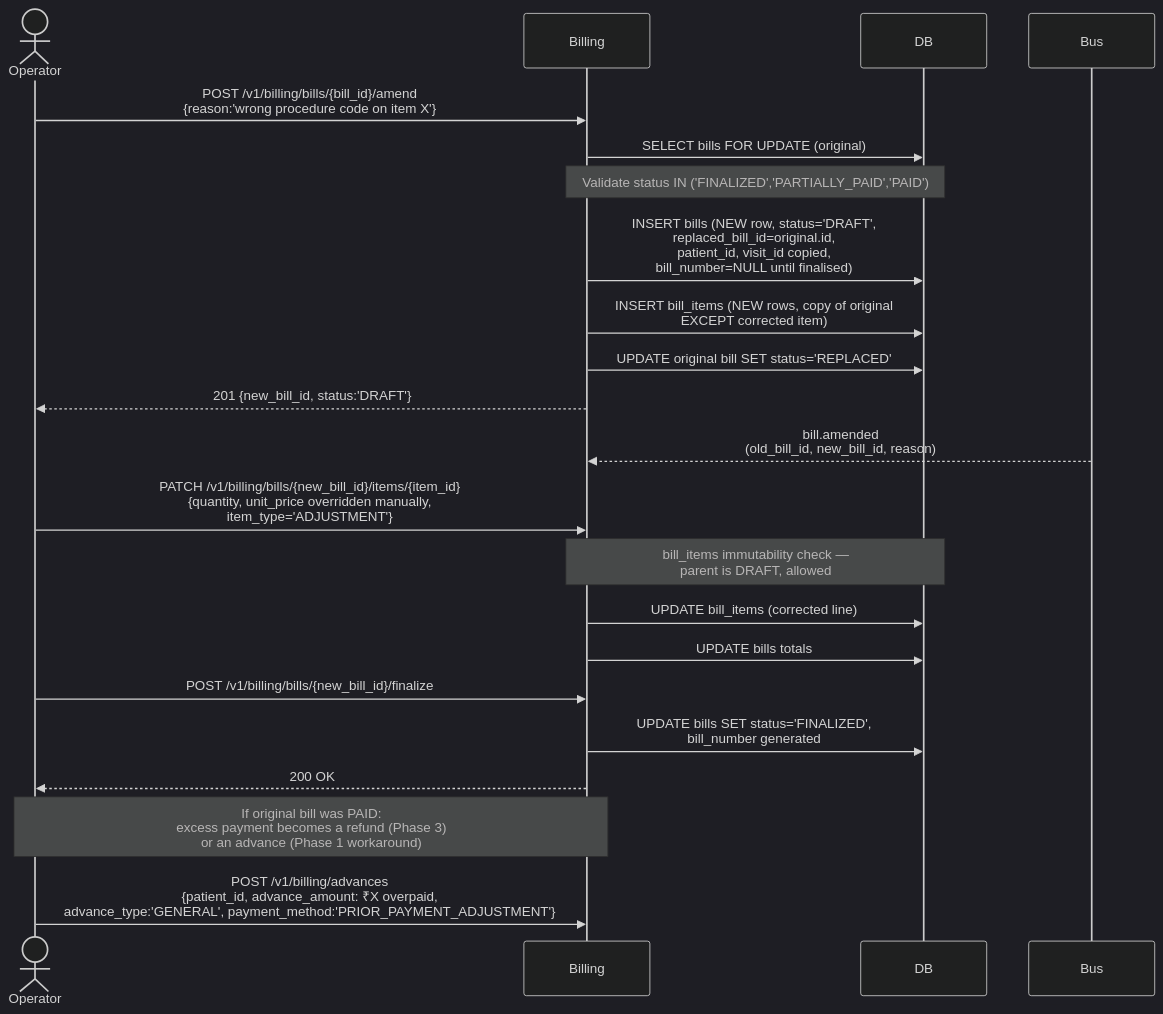
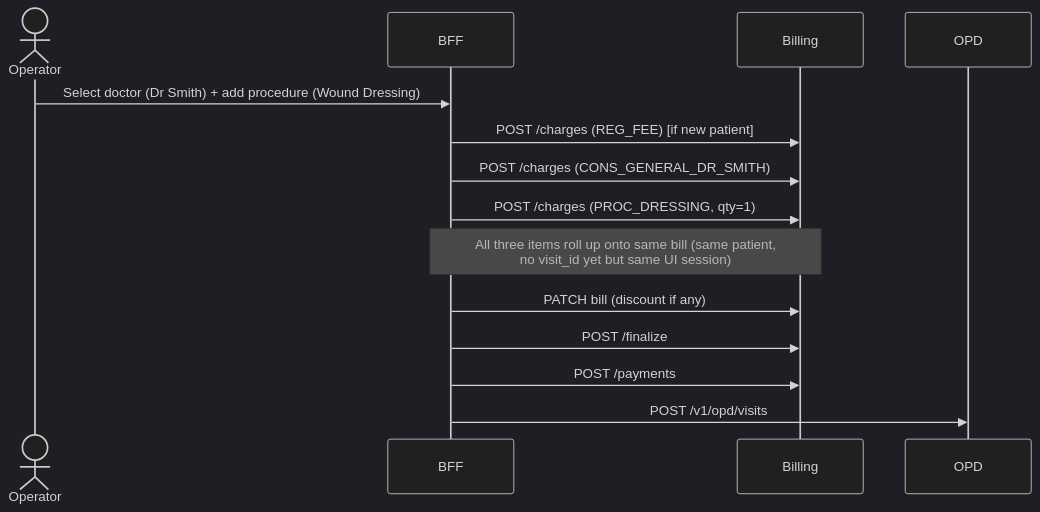
The fourth of 7 diagrams in docs/architecture/lld/billing/02-scenarios.md (IQ-Line/HospitalSaarthi), drawn with Mermaid (dark theme) before and after one commit. The commit also changed other lines of this file and 11 other files, not shown here.

````diff
--- a/docs/architecture/lld/billing/02-scenarios.md
+++ b/docs/architecture/lld/billing/02-scenarios.md
@@ -202,27 +173,16 @@
 ```mermaid
 sequenceDiagram
     actor Operator
+    participant BFF
     participant Billing
-    participant DB
-    participant Bus
 
-    Operator->>Billing: POST /v1/billing/bills/{bill_id}/amend<br/>{reason:'wrong procedure code on item X'}
-    Billing->>DB: SELECT bills FOR UPDATE (original)
-    Note over Billing,DB: Validate status IN ('FINALIZED','PARTIALLY_PAID','PAID')
-    Billing->>DB: INSERT bills (NEW row, status='DRAFT',<br/>replaced_bill_id=original.id,<br/>patient_id, visit_id copied,<br/>bill_number=NULL until finalised)
-    Billing->>DB: INSERT bill_items (NEW rows, copy of original<br/>EXCEPT corrected item)
-    Billing->>DB: UPDATE original bill SET status='REPLACED'
-    Billing-->>Operator: 201 {new_bill_id, status:'DRAFT'}
-    Bus-->>Billing: bill.amended<br/>(old_bill_id, new_bill_id, reason)
-
-    Operator->>Billing: PATCH /v1/billing/bills/{new_bill_id}/items/{item_id}<br/>{quantity, unit_price overridden manually,<br/> item_type='ADJUSTMENT'}
-    Note over Billing,DB: bill_items immutability check —<br/>parent is DRAFT, allowed
-    Billing->>DB: UPDATE bill_items (corrected line)
-    Billing->>DB: UPDATE bills totals
-    Operator->>Billing: POST /v1/billing/bills/{new_bill_id}/finalize
-    Billing->>DB: UPDATE bills SET status='FINALIZED',<br/>bill_number generated
-    Billing-->>Operator: 200 OK
-
-    Note over Operator,Billing: If original bill was PAID:<br/>excess payment becomes a refund (Phase 3)<br/>or an advance (Phase 1 workaround)
-    Operator->>Billing: POST /v1/billing/advances<br/>{patient_id, advance_amount: ₹X overpaid,<br/>advance_type:'GENERAL', payment_method:'PRIOR_PAYMENT_ADJUSTMENT'}
+    Operator->>BFF: Select doctor (Dr Smith) + add procedure (Wound Dressing)
+    BFF->>Billing: POST /charges (REG_FEE)  [if new patient]
+    BFF->>Billing: POST /charges (CONS_GENERAL_DR_SMITH)
+    BFF->>Billing: POST /charges (PROC_DRESSING, qty=1)
+    Note over BFF,Billing: All three items roll up onto same bill (same patient,<br/>no visit_id yet but same UI session)
+    BFF->>Billing: PATCH bill (discount if any)
+    BFF->>Billing: POST /finalize
+    BFF->>Billing: POST /payments
+    BFF->>OPD: POST /v1/opd/visits
 ```
````
